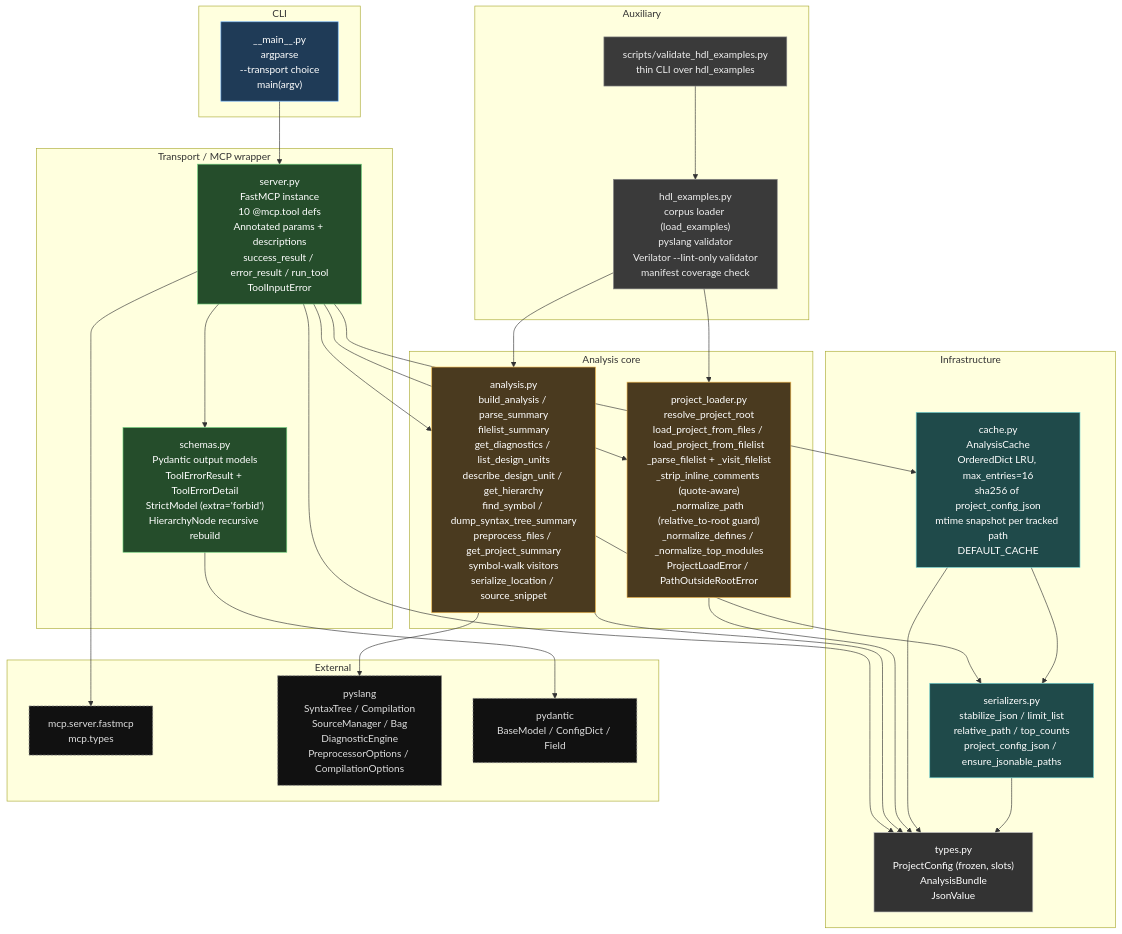
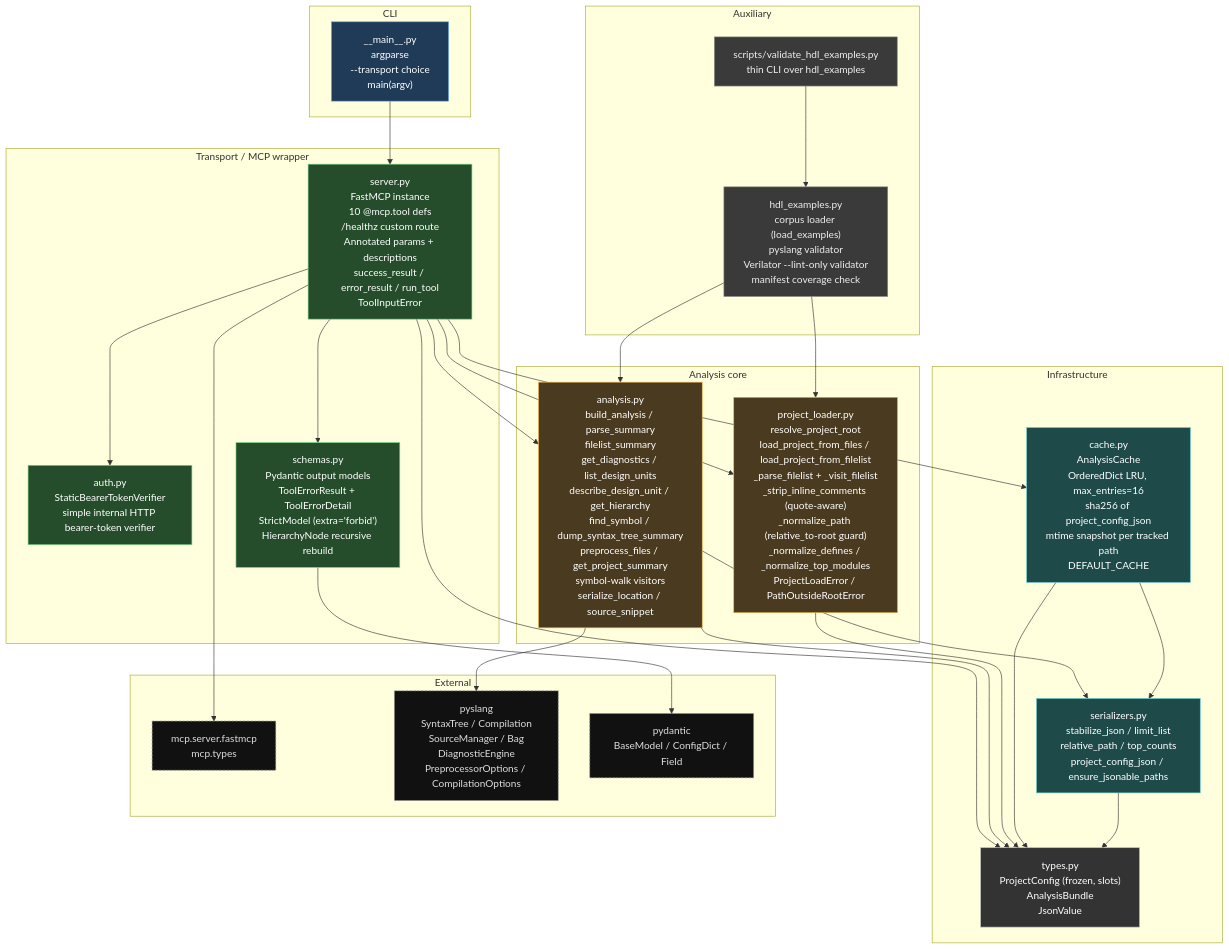
One commit to ariklapid/pyslang-mcp changed the first of 2 diagrams in docs/architecture.md. Above: the diagram before and after it, drawn with Mermaid. The commit also changed other lines of this file and 20 other files, not shown here.

````diff
--- a/docs/architecture.md
+++ b/docs/architecture.md
@@ -13,74 +14,76 @@
 ```mermaid
 flowchart TD
     classDef entry fill:#1f3b57,stroke:#6fb1ff,color:#fff
     classDef transport fill:#254d2b,stroke:#6fd17d,color:#fff
     classDef schema fill:#4a2f57,stroke:#c28bdb,color:#fff
     classDef core fill:#4a3a1f,stroke:#f2b84b,color:#fff
     classDef infra fill:#1f4a4a,stroke:#6fd1d1,color:#fff
     classDef types fill:#333,stroke:#bbb,color:#fff
     classDef ext fill:#111,stroke:#888,color:#ddd,stroke-dasharray: 4 2
     classDef aux fill:#3a3a3a,stroke:#888,color:#eee
 
     subgraph CLI["CLI"]
         Main["__main__.py<br/>argparse<br/>--transport choice<br/>main(argv)"]
     end
 
     subgraph Transport["Transport / MCP wrapper"]
-        Server["server.py<br/>FastMCP instance<br/>10 @mcp.tool defs<br/>Annotated params + descriptions<br/>success_result / error_result / run_tool<br/>ToolInputError"]
+        Server["server.py<br/>FastMCP instance<br/>10 @mcp.tool defs<br/>/healthz custom route<br/>Annotated params + descriptions<br/>success_result / error_result / run_tool<br/>ToolInputError"]
+        Auth["auth.py<br/>StaticBearerTokenVerifier<br/>simple internal HTTP bearer-token verifier"]
         Schemas["schemas.py<br/>Pydantic output models<br/>ToolErrorResult + ToolErrorDetail<br/>StrictModel (extra='forbid')<br/>HierarchyNode recursive rebuild"]
     end
 
     subgraph Core["Analysis core"]
         Analysis["analysis.py<br/>build_analysis / parse_summary<br/>filelist_summary<br/>get_diagnostics / list_design_units<br/>describe_design_unit / get_hierarchy<br/>find_symbol / dump_syntax_tree_summary<br/>preprocess_files / get_project_summary<br/>symbol-walk visitors<br/>serialize_location / source_snippet"]
         Loader["project_loader.py<br/>resolve_project_root<br/>load_project_from_files / load_project_from_filelist<br/>_parse_filelist + _visit_filelist<br/>_strip_inline_comments (quote-aware)<br/>_normalize_path (relative_to-root guard)<br/>_normalize_defines / _normalize_top_modules<br/>ProjectLoadError / PathOutsideRootError"]
     end
 
     subgraph Infra["Infrastructure"]
         Cache["cache.py<br/>AnalysisCache<br/>OrderedDict LRU, max_entries=16<br/>sha256 of project_config_json<br/>mtime snapshot per tracked path<br/>DEFAULT_CACHE"]
         Serializers["serializers.py<br/>stabilize_json / limit_list<br/>relative_path / top_counts<br/>project_config_json / ensure_jsonable_paths"]
         Types["types.py<br/>ProjectConfig (frozen, slots)<br/>AnalysisBundle<br/>JsonValue"]
     end
 
     subgraph Aux["Auxiliary"]
         HdlEx["hdl_examples.py<br/>corpus loader (load_examples)<br/>pyslang validator<br/>Verilator --lint-only validator<br/>manifest coverage check"]
         Scripts["scripts/validate_hdl_examples.py<br/>thin CLI over hdl_examples"]
     end
 
     subgraph Ext["External"]
         FastMCP["mcp.server.fastmcp<br/>mcp.types"]
         Pyslang["pyslang<br/>SyntaxTree / Compilation<br/>SourceManager / Bag<br/>DiagnosticEngine<br/>PreprocessorOptions / CompilationOptions"]
         Pydantic["pydantic<br/>BaseModel / ConfigDict / Field"]
     end
 
     Main --> Server
+    Server --> Auth
     Server --> Schemas
     Server --> Analysis
     Server --> Loader
     Server --> Cache
     Server --> Types
     Server --> FastMCP
     Schemas --> Pydantic
 
     Analysis --> Pyslang
     Analysis --> Serializers
     Analysis --> Types
 
     Loader --> Types
 
     Cache --> Serializers
     Cache --> Types
 
     Serializers --> Types
 
     HdlEx --> Analysis
     HdlEx --> Loader
     Scripts --> HdlEx
 
     class Main entry
-    class Server,Schemas transport
+    class Server,Auth,Schemas transport
     class Analysis,Loader core
     class Cache,Serializers infra
     class Types types
     class FastMCP,Pyslang,Pydantic ext
     class HdlEx,Scripts aux
 ```
````
